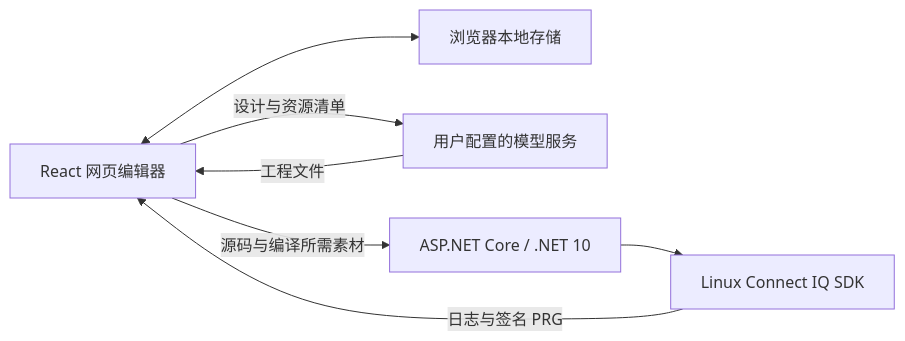
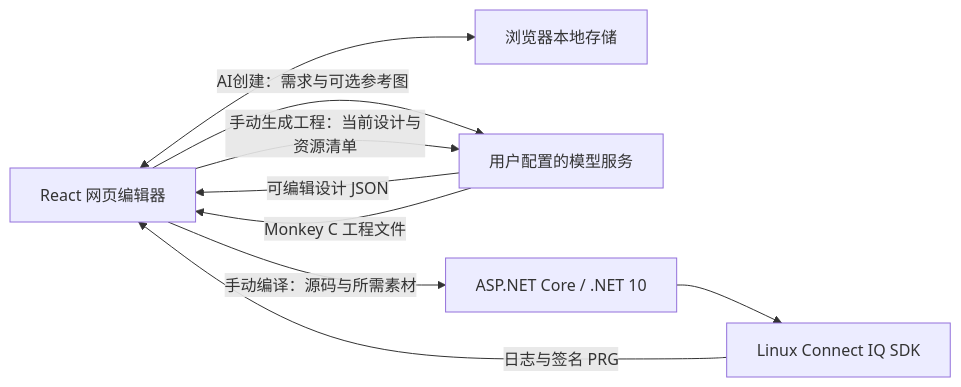
One commit to yusger/GarminFaceCreator changed the diagram in readme.md. Above: the diagram before and after it, drawn with Mermaid. The commit also changed other lines of this file and 1 other file, not shown here.

````diff
--- a/readme.md
+++ b/readme.md
@@ -61,9 +91,11 @@
 ```mermaid
 flowchart LR
     Browser[React 网页编辑器] <--> Local[浏览器本地存储]
-    Browser -->|设计与资源清单| AI[用户配置的模型服务]
-    AI -->|工程文件| Browser
-    Browser -->|源码与编译所需素材| API[ASP.NET Core / .NET 10]
+    Browser -->|AI创建：需求与可选参考图| AI[用户配置的模型服务]
+    AI -->|可编辑设计 JSON| Browser
+    Browser -->|手动生成工程：当前设计与资源清单| AI
+    AI -->|Monkey C 工程文件| Browser
+    Browser -->|手动编译：源码与所需素材| API[ASP.NET Core / .NET 10]
     API --> SDK[Linux Connect IQ SDK]
     SDK -->|日志与签名 PRG| Browser
 ```
````
